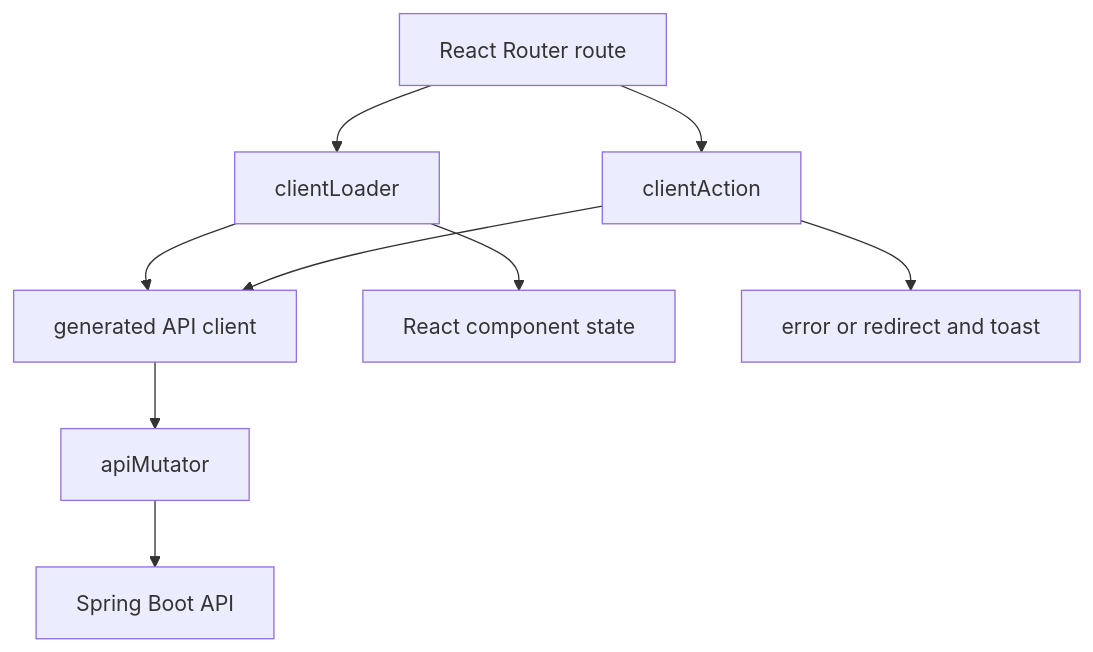
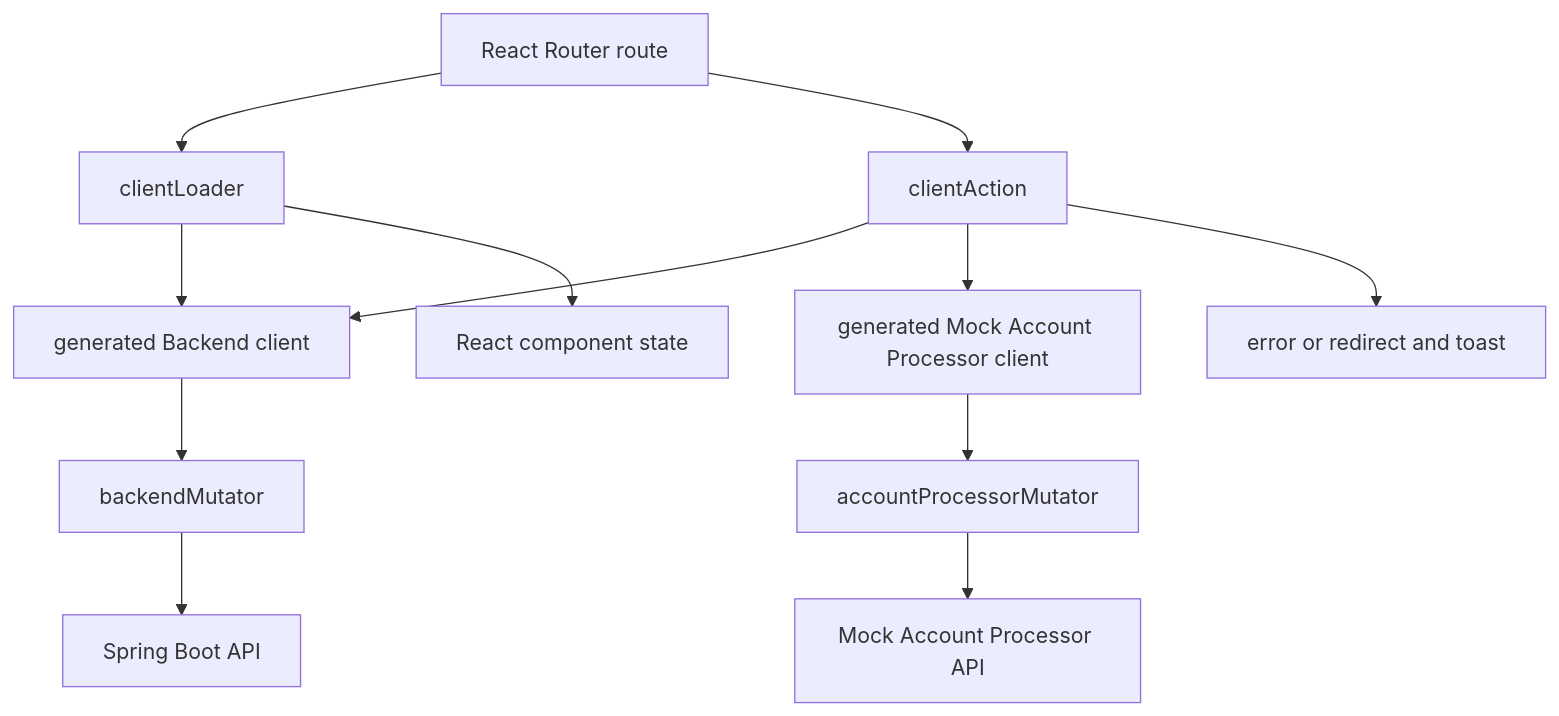
The diagram in docs/agents/wiki/02 Architecture/Dashboard.md (DerekThree/pricing-app), drawn with Mermaid before and after one commit. The commit also changed other lines of this file and 5 other files, not shown here.

````diff
--- a/docs/agents/wiki/02 Architecture/Dashboard.md
+++ b/docs/agents/wiki/02 Architecture/Dashboard.md
@@ -26,11 +26,14 @@
 ```mermaid
 flowchart TB
     Route[React Router route] --> Loader[clientLoader]
     Route --> Action[clientAction]
-    Loader --> Client[generated API client]
+    Loader --> Client[generated Backend client]
     Action --> Client
-    Client --> Mutator[apiMutator]
+    Client --> Mutator[backendMutator]
     Mutator --> Backend[Spring Boot API]
+    Action --> ProcessorClient[generated Mock Account Processor client]
+    ProcessorClient --> ProcessorMutator[accountProcessorMutator]
+    ProcessorMutator --> Processor[Mock Account Processor API]
     Loader --> Page[React component state]
     Action --> Result[error or redirect and toast]
 ```
````
